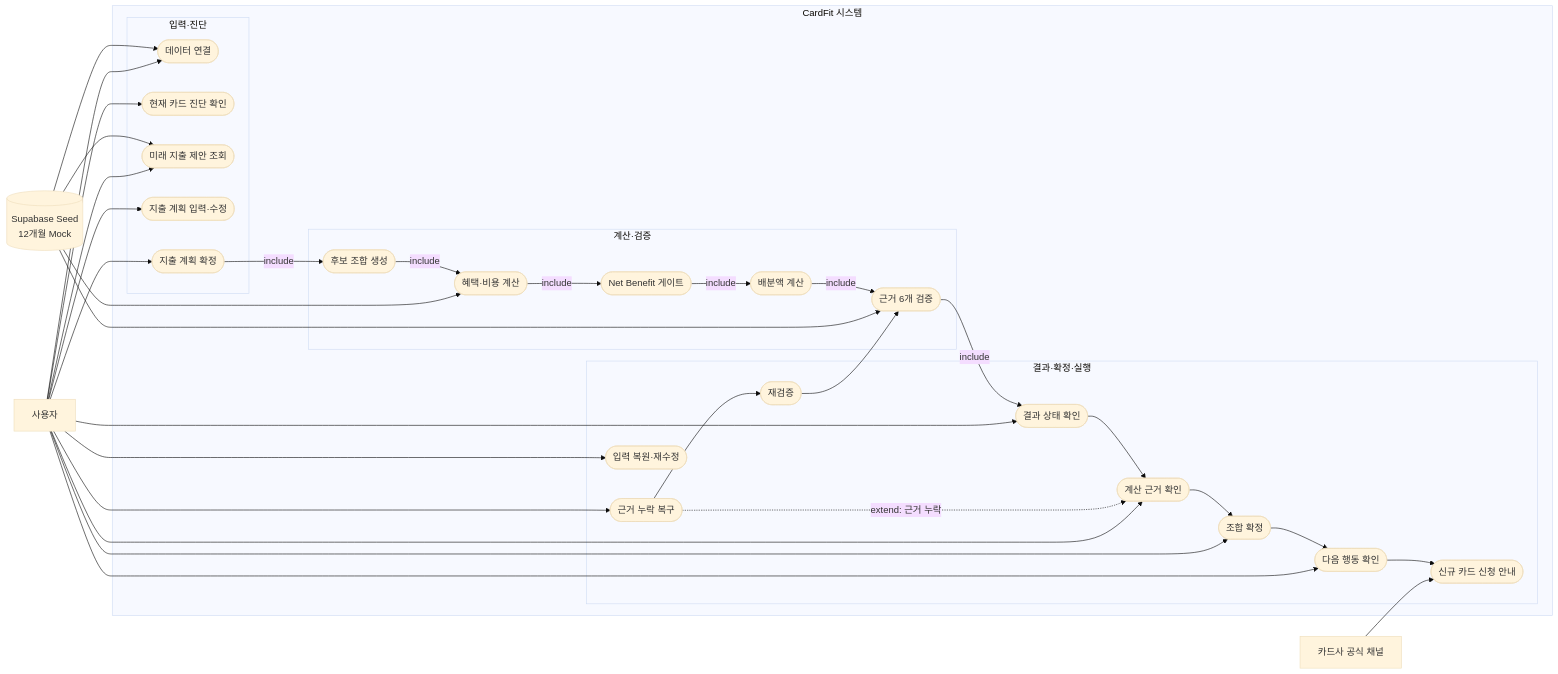
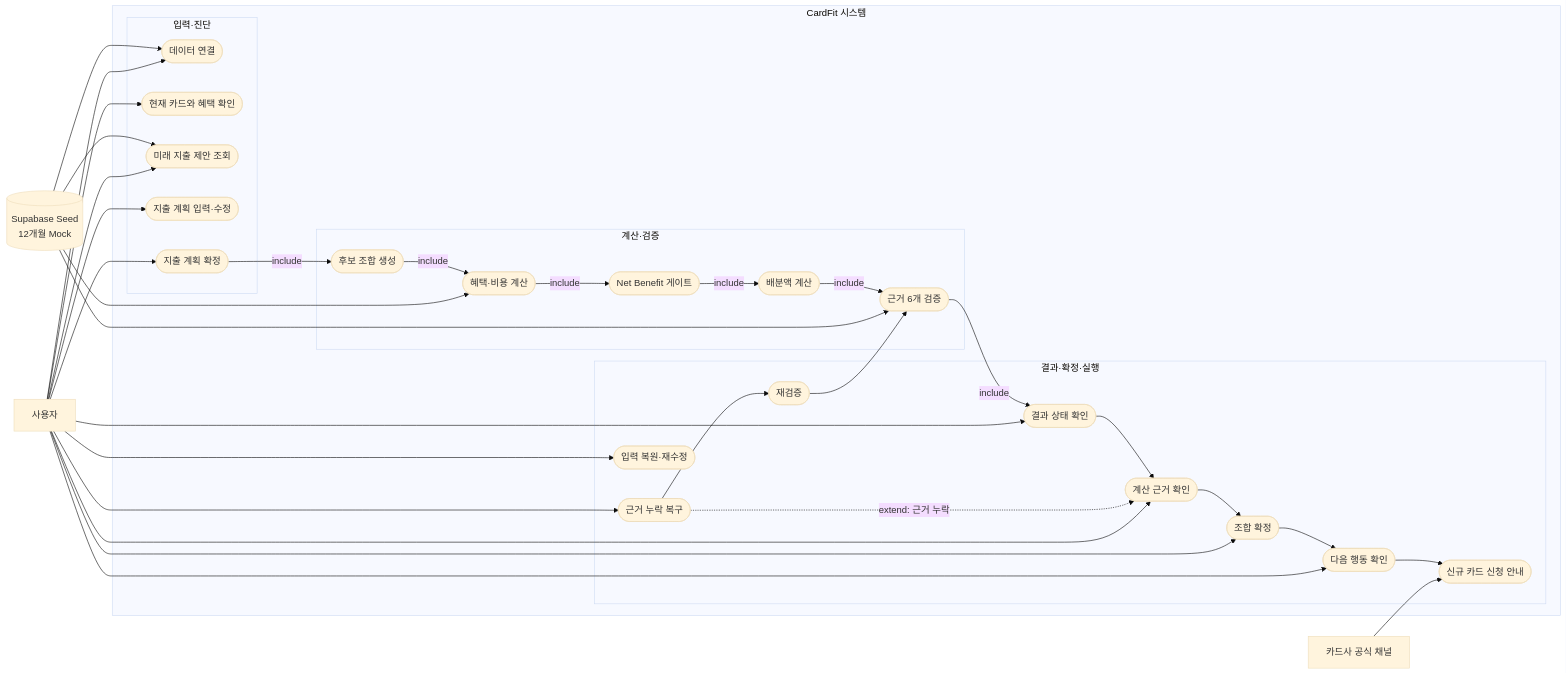
One commit to maybeaj/cardfit changed the first of 9 diagrams in docs/diagrams/TECHNICAL_DESIGN.md. Above: the diagram before and after it, drawn with Mermaid (base theme). The commit also changed other lines of this file and 27 other files, not shown here.

````diff
--- a/docs/diagrams/TECHNICAL_DESIGN.md
+++ b/docs/diagrams/TECHNICAL_DESIGN.md
@@ -34,47 +34,47 @@
 ```mermaid
 flowchart LR
   User[사용자]
   Data[(Supabase Seed<br/>12개월 Mock)]
   Official[카드사 공식 채널]
 
   subgraph CardFit[CardFit 시스템]
     subgraph Input[입력·진단]
       UC1([데이터 연결])
-      UC2([현재 카드 진단 확인])
+      UC2([현재 카드와 혜택 확인])
       UC3([미래 지출 제안 조회])
       UC4([지출 계획 입력·수정])
       UC5([지출 계획 확정])
     end
     subgraph Calculation[계산·검증]
       UC6([후보 조합 생성])
       UC7([혜택·비용 계산])
       UC8([Net Benefit 게이트])
       UC9([배분액 계산])
       UC10([근거 6개 검증])
     end
     subgraph Result[결과·확정·실행]
       UC11([결과 상태 확인])
       UC12([계산 근거 확인])
       UC13([근거 누락 복구])
       UC14([재검증])
       UC15([조합 확정])
       UC16([다음 행동 확인])
       UC17([신규 카드 신청 안내])
       UC18([입력 복원·재수정])
     end
   end
 
   User --> UC1 & UC2 & UC3 & UC4 & UC5 & UC11 & UC12 & UC13 & UC15 & UC16 & UC18
   Data --> UC1 & UC3 & UC7 & UC10
   Official --> UC17
   UC5 -->|include| UC6
   UC6 -->|include| UC7
   UC7 -->|include| UC8
   UC8 -->|include| UC9
   UC9 -->|include| UC10
   UC10 -->|include| UC11
   UC13 -.->|extend: 근거 누락| UC12
   UC13 --> UC14
   UC14 --> UC10
   UC11 --> UC12 --> UC15 --> UC16 --> UC17
 ```
````
